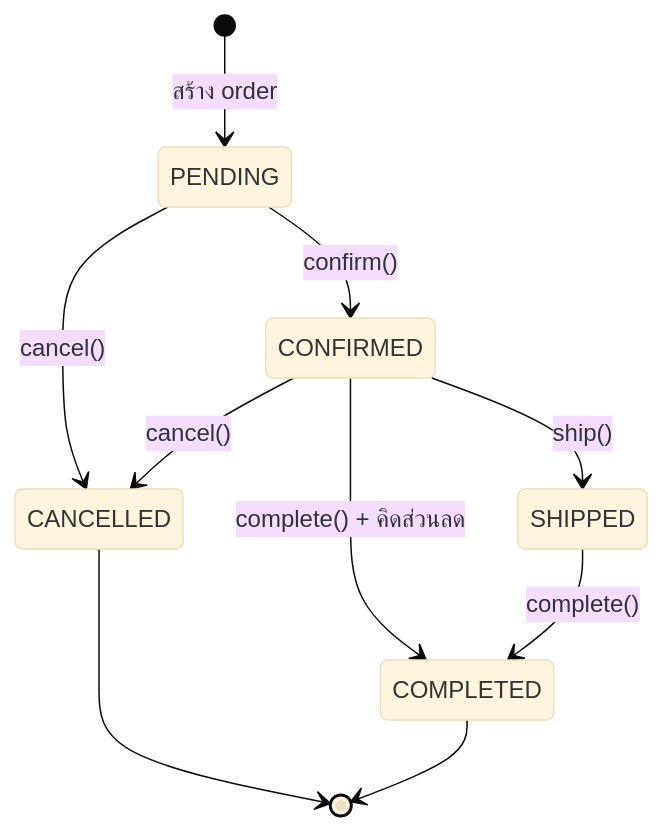
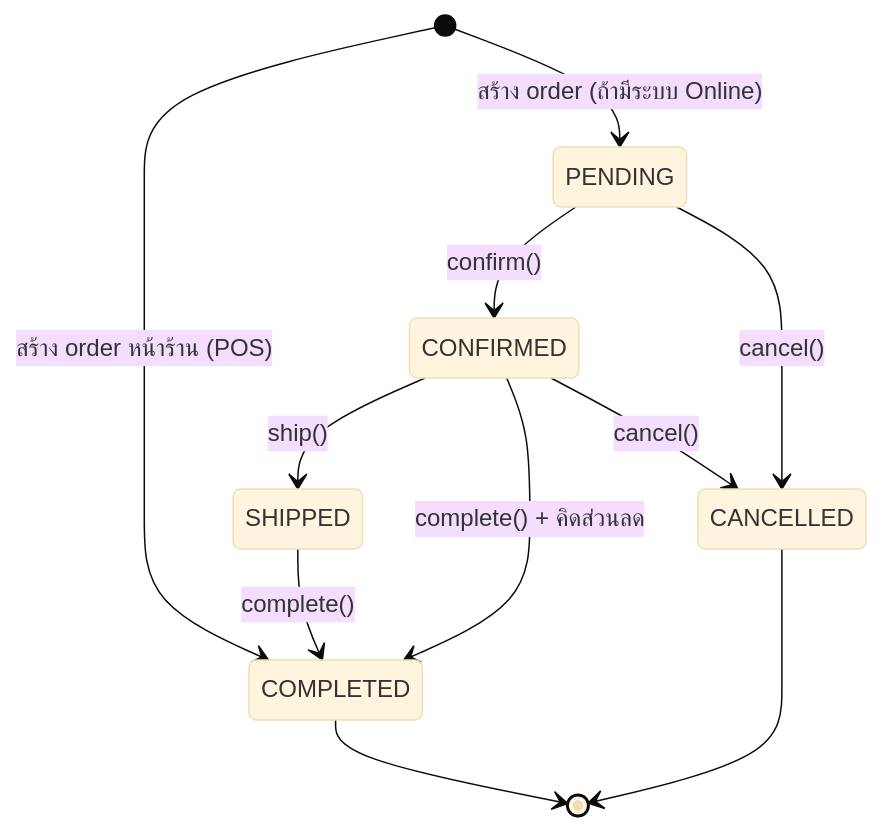
The second of 6 diagrams in doc/design-patterns.md (PeerapatTa3/Hardware_Store_Inventory_Management_System), drawn with Mermaid (base theme) before and after one commit. The commit also changed other lines of this file and 2 other files, not shown here.

Commit message:
docs: update design patterns and solid analysis for final flows

````diff
--- a/doc/design-patterns.md
+++ b/doc/design-patterns.md
@@ -92,12 +91,13 @@
 ```mermaid
 stateDiagram-v2
-    [*] --> PENDING : สร้าง order
+    [*] --> COMPLETED : สร้าง order หน้าร้าน (POS)
+    [*] --> PENDING : สร้าง order (ถ้ามีระบบ Online)
     PENDING --> CONFIRMED : confirm()
     PENDING --> CANCELLED : cancel()
     CONFIRMED --> SHIPPED : ship()
     CONFIRMED --> COMPLETED : complete() + คิดส่วนลด
     CONFIRMED --> CANCELLED : cancel()
     SHIPPED --> COMPLETED : complete()
     CANCELLED --> [*]
     COMPLETED --> [*]
 ```
````
